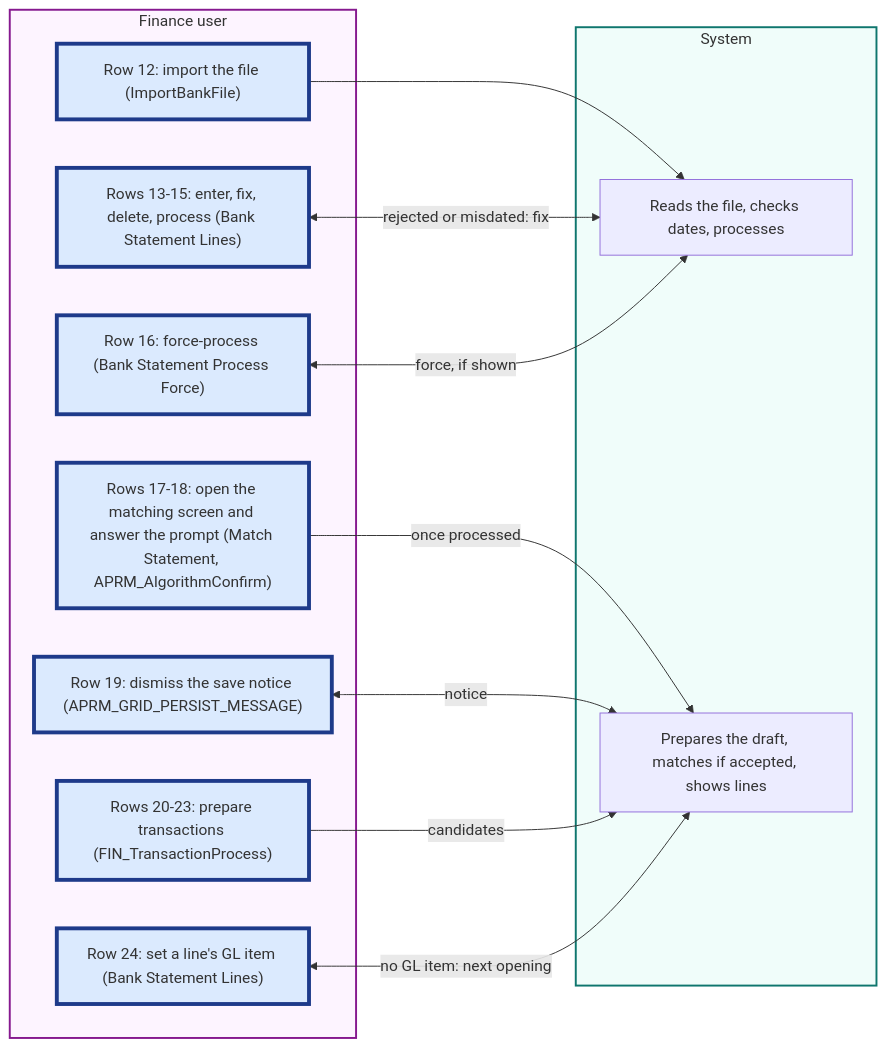
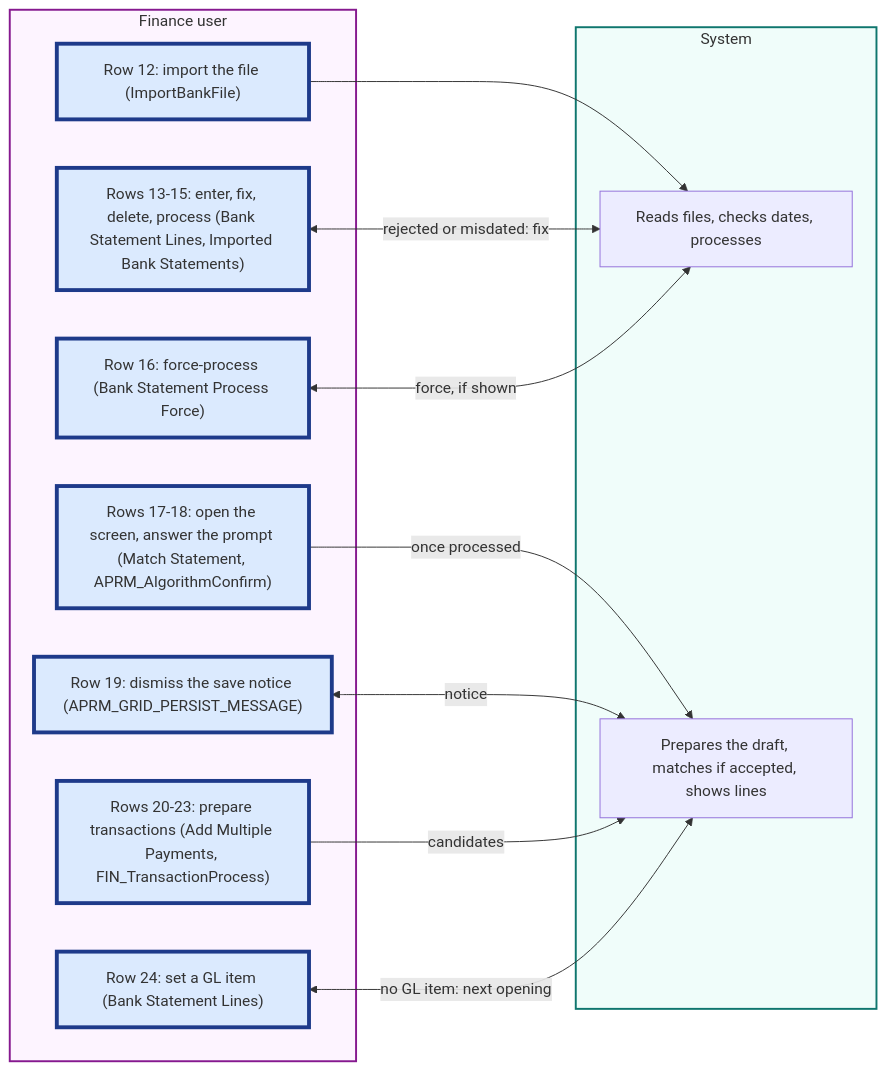
One commit to blitzy-public-samples/openbravo-erp changed the fifth of 9 diagrams in docs/analysis/analysis-1-current-state-reconciliation.md. Above: the diagram before and after it, drawn with Mermaid. The commit also changed other lines of this file, not shown here.

````diff
--- a/docs/analysis/analysis-1-current-state-reconciliation.md
+++ b/docs/analysis/analysis-1-current-state-reconciliation.md
@@ -271,29 +276,29 @@
 ```mermaid
 flowchart LR
   accTitle: Figure 5. Swimlane of Import and Opening
-  accDescr: Statements are imported, checked and opened.
+  accDescr: Import, checks and opening.
   subgraph People["Finance user"]
     M19["Row 19: dismiss the save notice (APRM_GRID_PERSIST_MESSAGE)"]
-    M20["Rows 20-23: prepare transactions (FIN_TransactionProcess)"]
-    M17["Rows 17-18: open the matching screen and answer the prompt (Match Statement, APRM_AlgorithmConfirm)"]
+    M20["Rows 20-23: prepare transactions (Add Multiple Payments, FIN_TransactionProcess)"]
+    M17["Rows 17-18: open the screen, answer the prompt (Match Statement, APRM_AlgorithmConfirm)"]
     M16["Row 16: force-process (Bank Statement Process Force)"]
-    M24["Row 24: set a line's GL item (Bank Statement Lines)"]
+    M24["Row 24: set a GL item (Bank Statement Lines)"]
     M12["Row 12: import the file (ImportBankFile)"]
-    M13["Rows 13-15: enter, fix, delete, process (Bank Statement Lines)"]
+    M13["Rows 13-15: enter, fix, delete, process (Bank Statement Lines, Imported Bank Statements)"]
   end
   subgraph System["System"]
-    S1["Reads the file, checks dates, processes"]
+    S1["Reads files, checks dates, processes"]
     S2["Prepares the draft, matches if accepted, shows lines"]
   end
   M12-->S1
   M13<-->|"rejected or misdated: fix"|S1
   M16<-->|"force, if shown"|S1
   M17-->|"once processed"|S2
   M19<-->|notice|S2
   M20-->|candidates|S2
   M24<-->|"no GL item: next opening"|S2
   style People fill:#fdf4ff,stroke:#86198f,stroke-width:2px
   style System fill:#f0fdfa,stroke:#0f766e,stroke-width:2px
   classDef manual fill:#dbeafe,stroke:#1e3a8a,stroke-width:4px
   class M12,M13,M16,M17,M19,M20,M24 manual
 ```
````
